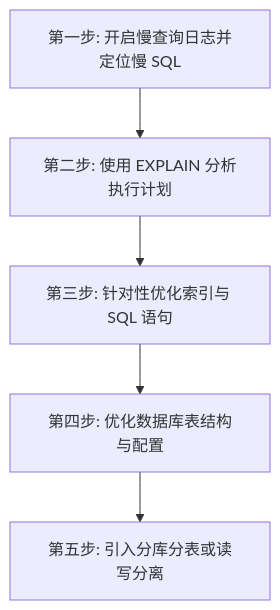
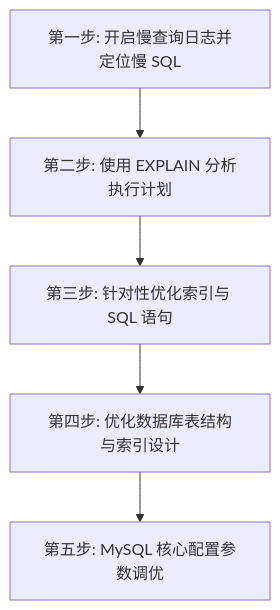
One commit to Aiden-Coding/AiDocs changed the diagram in docs/database/mysql/5-optimization.md. Above: the diagram before and after it, drawn with Mermaid. The commit also changed other lines of this file and 7 other files, not shown here.

````diff
--- a/docs/database/mysql/5-optimization.md
+++ b/docs/database/mysql/5-optimization.md
@@ -17,7 +17,7 @@
 ```mermaid
 graph TD
     A[第一步: 开启慢查询日志并定位慢 SQL] --> B[第二步: 使用 EXPLAIN 分析执行计划]
     B --> C[第三步: 针对性优化索引与 SQL 语句]
-    C --> D[第四步: 优化数据库表结构与配置]
-    D --> E[第五步: 引入分库分表或读写分离]
+    C --> D[第四步: 优化数据库表结构与索引设计]
+    D --> E[第五步: MySQL 核心配置参数调优]
 ```
````
